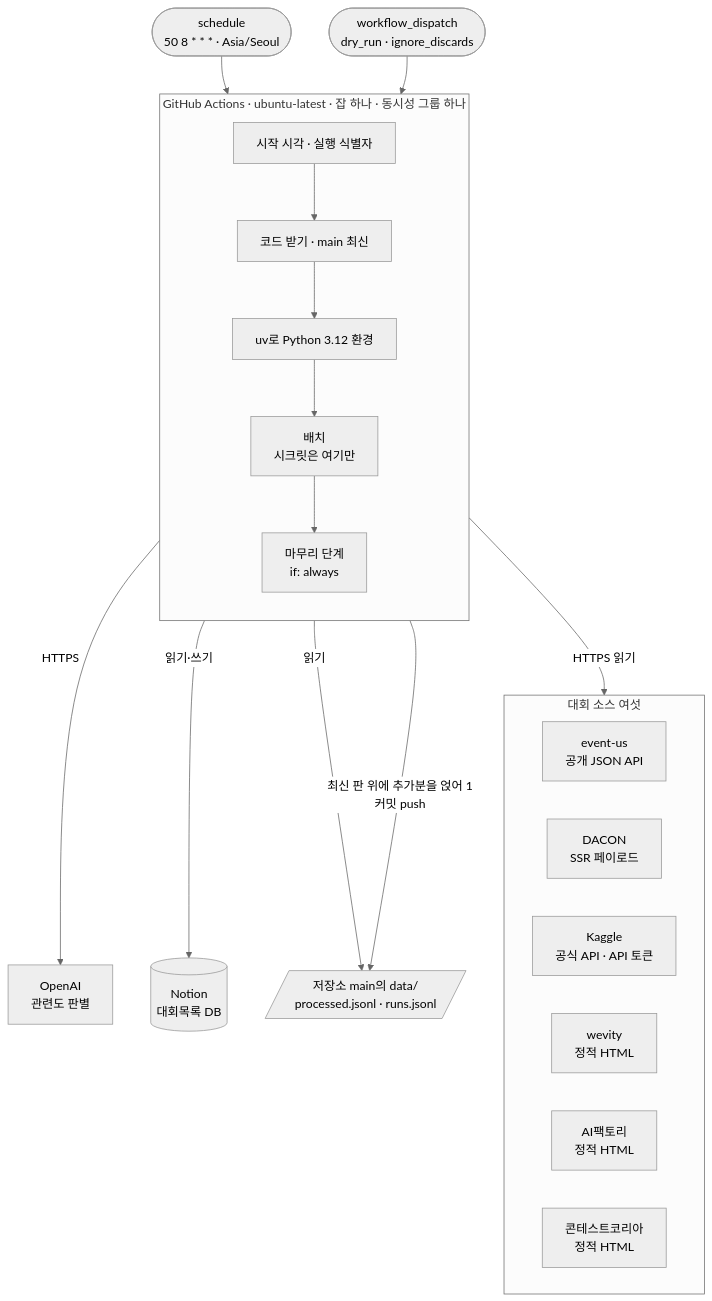
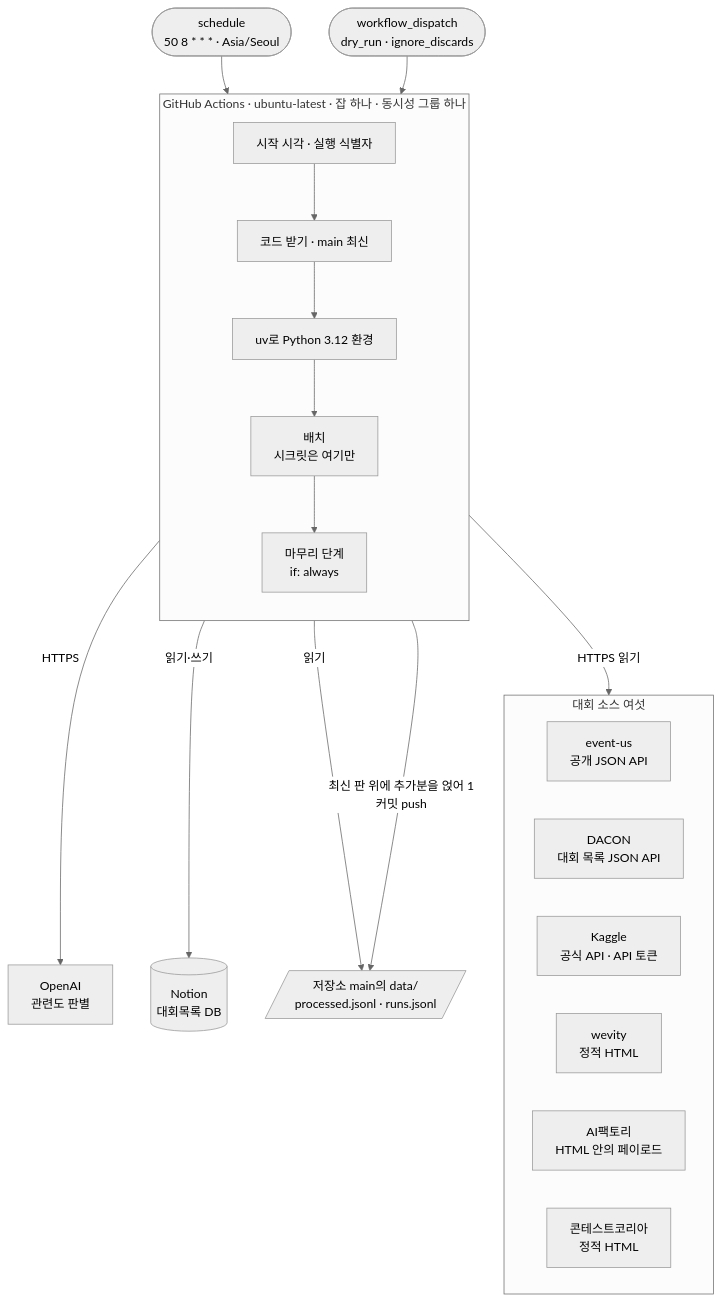
Before and after one commit to HoyoungParkme/competition-crawler: the diagram in docs/specs/05-INFRA/CCR-INFRA-001.md, drawn with Mermaid (neutral theme). The commit also changed other lines of this file, not shown here.

Commit message:
인프라: 판정 유사도 0.90, DACON · AI팩토리 접근, 판별 오류 가르기, 브랜치 실행의 상태 읽기, 종료 코드를 구현과 API 명세에 맞추고 닫힌 미결을 지웠다

````diff
--- a/docs/specs/05-INFRA/CCR-INFRA-001.md
+++ b/docs/specs/05-INFRA/CCR-INFRA-001.md
@@ -103,36 +103,36 @@
 ```mermaid
 flowchart TB
     schedule([schedule<br/>50 8 * * * · Asia/Seoul])
     manual([workflow_dispatch<br/>dry_run · ignore_discards])
 
     subgraph runner["GitHub Actions · ubuntu-latest · 잡 하나 · 동시성 그룹 하나"]
         direction TB
         s1[시작 시각 · 실행 식별자]
         s2[코드 받기 · main 최신]
         s3[uv로 Python 3.12 환경]
         s4[배치<br/>시크릿은 여기만]
         s5[마무리 단계<br/>if: always]
         s1 --> s2 --> s3 --> s4 --> s5
     end
 
     subgraph sources["대회 소스 여섯"]
         eus[event-us<br/>공개 JSON API]
-        dacon[DACON<br/>SSR 페이로드]
+        dacon[DACON<br/>대회 목록 JSON API]
         kaggle[Kaggle<br/>공식 API · API 토큰]
         wevity[wevity<br/>정적 HTML]
-        aif[AI팩토리<br/>정적 HTML]
+        aif[AI팩토리<br/>HTML 안의 페이로드]
         ck[콘테스트코리아<br/>정적 HTML]
     end
 
     openai[OpenAI<br/>관련도 판별]
     notion[(Notion<br/>대회목록 DB)]
     state[/저장소 main의 data/<br/>processed.jsonl · runs.jsonl/]
 
     schedule --> runner
     manual --> runner
     s4 -->|HTTPS 읽기| sources
     s4 -->|HTTPS| openai
     s4 -->|읽기·쓰기| notion
     s2 -->|읽기| state
     s5 -->|최신 판 위에 추가분을 얹어 1커밋 push| state
 ```
````
